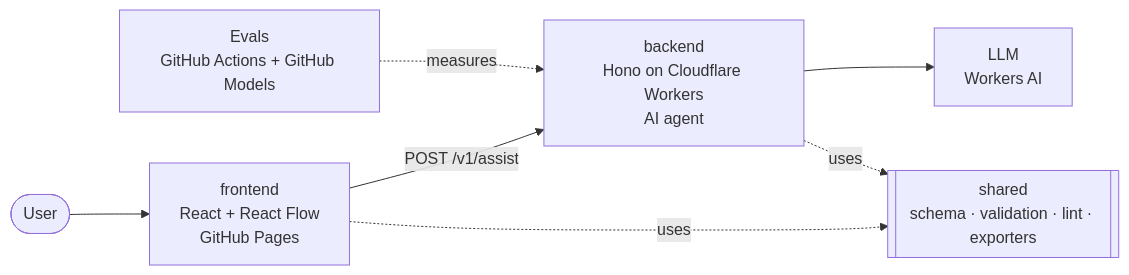
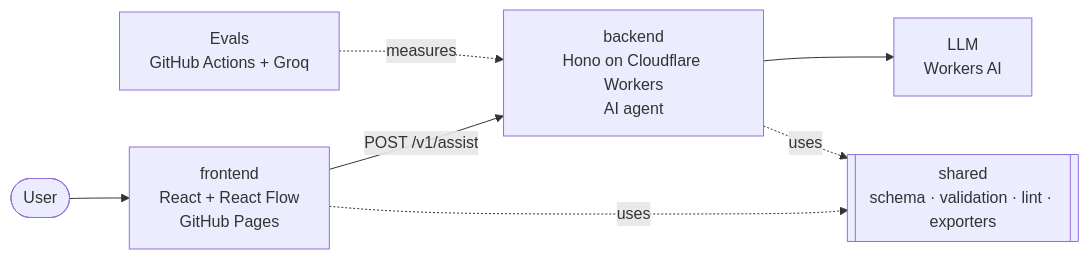
The diagram in README.md (cosmemorillojulia/archdraft), drawn with Mermaid before and after one commit. The commit also changed other lines of this file and 11 other files, not shown here.

````diff
--- a/README.md
+++ b/README.md
@@ -20,10 +21,10 @@
 ```mermaid
 flowchart LR
   user([User]) --> web["frontend<br/>React + React Flow<br/>GitHub Pages"]
   web -- "POST /v1/assist" --> api["backend<br/>Hono on Cloudflare Workers<br/>AI agent"]
   api --> llm["LLM<br/>Workers AI"]
   shared[["shared<br/>schema · validation · lint · exporters"]]
   web -. uses .-> shared
   api -. uses .-> shared
-  evals["Evals<br/>GitHub Actions + GitHub Models"] -. measures .-> api
+  evals["Evals<br/>GitHub Actions + Groq"] -. measures .-> api
 ```
````
